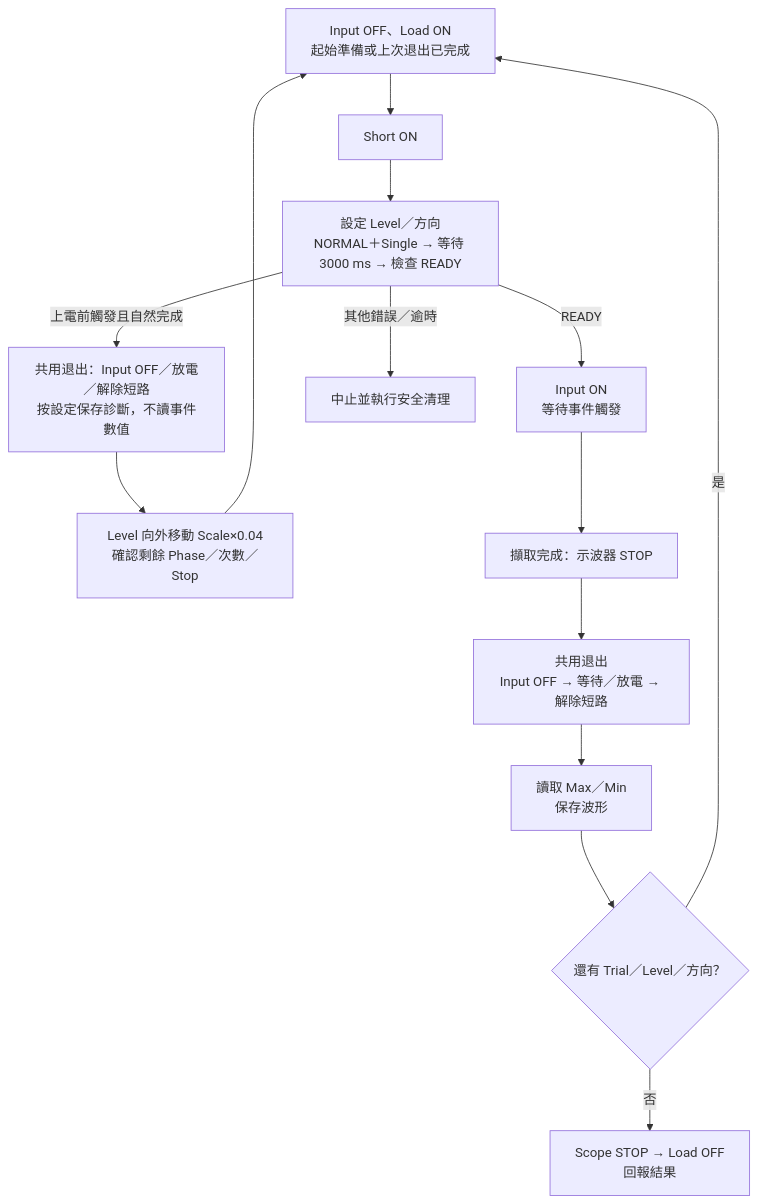
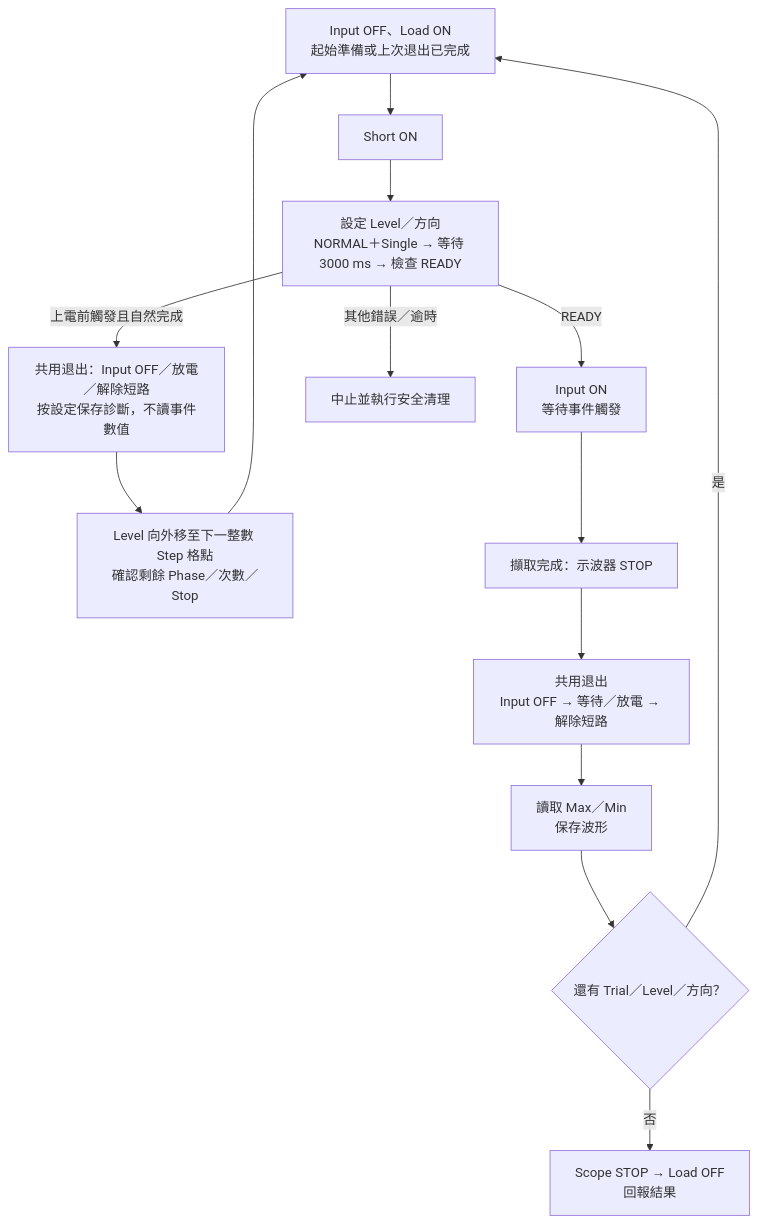
Before and after one commit to Jaxon-Su/ElectronicATE: the second of 6 diagrams in MEASUREMENT_STRATEGIES.md, drawn with Mermaid. The commit also changed other lines of this file and 55 other files, not shown here.

````diff
--- a/MEASUREMENT_STRATEGIES.md
+++ b/MEASUREMENT_STRATEGIES.md
@@ -157,16 +176,16 @@
 ```mermaid
 flowchart TD
     A["Input OFF、Load ON<br/>起始準備或上次退出已完成"] --> B["Short ON"]
     B --> C["設定 Level／方向<br/>NORMAL＋Single → 等待 3000 ms → 檢查 READY"]
     C -->|"READY"| D["Input ON<br/>等待事件觸發"]
     C -->|"上電前觸發且自然完成"| J["共用退出：Input OFF／放電／解除短路<br/>按設定保存診斷，不讀事件數值"]
-    J --> K["Level 向外移動 Scale×0.04<br/>確認剩餘 Phase／次數／Stop"]
+    J --> K["Level 向外移至下一整數 Step 格點<br/>確認剩餘 Phase／次數／Stop"]
     K --> A
     C -->|"其他錯誤／逾時"| L["中止並執行安全清理"]
     D --> E["擷取完成：示波器 STOP"]
     E --> F["共用退出<br/>Input OFF → 等待／放電 → 解除短路"]
     F --> G["讀取 Max／Min<br/>保存波形"]
     G --> H{"還有 Trial／Level／方向？"}
     H -->|"是"| A
     H -->|"否"| I["Scope STOP → Load OFF<br/>回報結果"]
 ```
````
